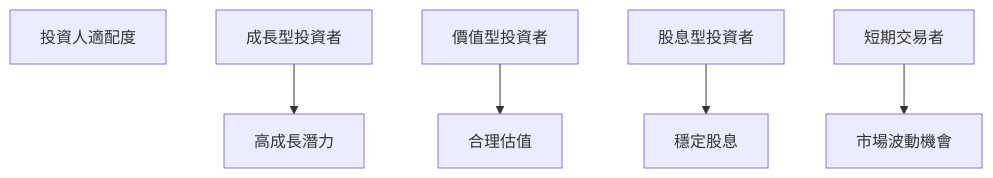
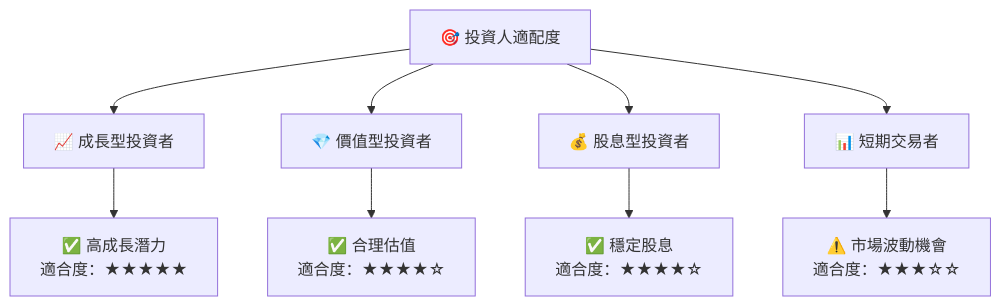
Diagram 14 of 14 in claude_code/aapl/fundamental_analysis_2026-03-28_openai.md (yennanliu/finance_data), drawn with Mermaid before and after one commit. The commit also changed other lines of this file and 1 other file, not shown here.

First line of the commit message:
fix: correct Mermaid syntax errors in fundamental analysis report

````diff
--- a/claude_code/aapl/fundamental_analysis_2026-03-28_openai.md
+++ b/claude_code/aapl/fundamental_analysis_2026-03-28_openai.md
@@ -633,8 +646,14 @@
 ```mermaid
 graph TD
-    投資人適配度
-    成長型投資者 --> 高成長潛力
-    價值型投資者 --> 合理估值
-    股息型投資者 --> 穩定股息
-    短期交易者 --> 市場波動機會
+    INV["🎯 投資人適配度"]
+
+    INV --> G["📈 成長型投資者"]
+    INV --> V["💎 價值型投資者"]
+    INV --> D["💰 股息型投資者"]
+    INV --> T["📊 短期交易者"]
+
+    G --> G1["✅ 高成長潛力<br/>適合度：★★★★★"]
+    V --> V1["✅ 合理估值<br/>適合度：★★★★☆"]
+    D --> D1["✅ 穩定股息<br/>適合度：★★★★☆"]
+    T --> T1["⚠️ 市場波動機會<br/>適合度：★★★☆☆"]
 ```
````
